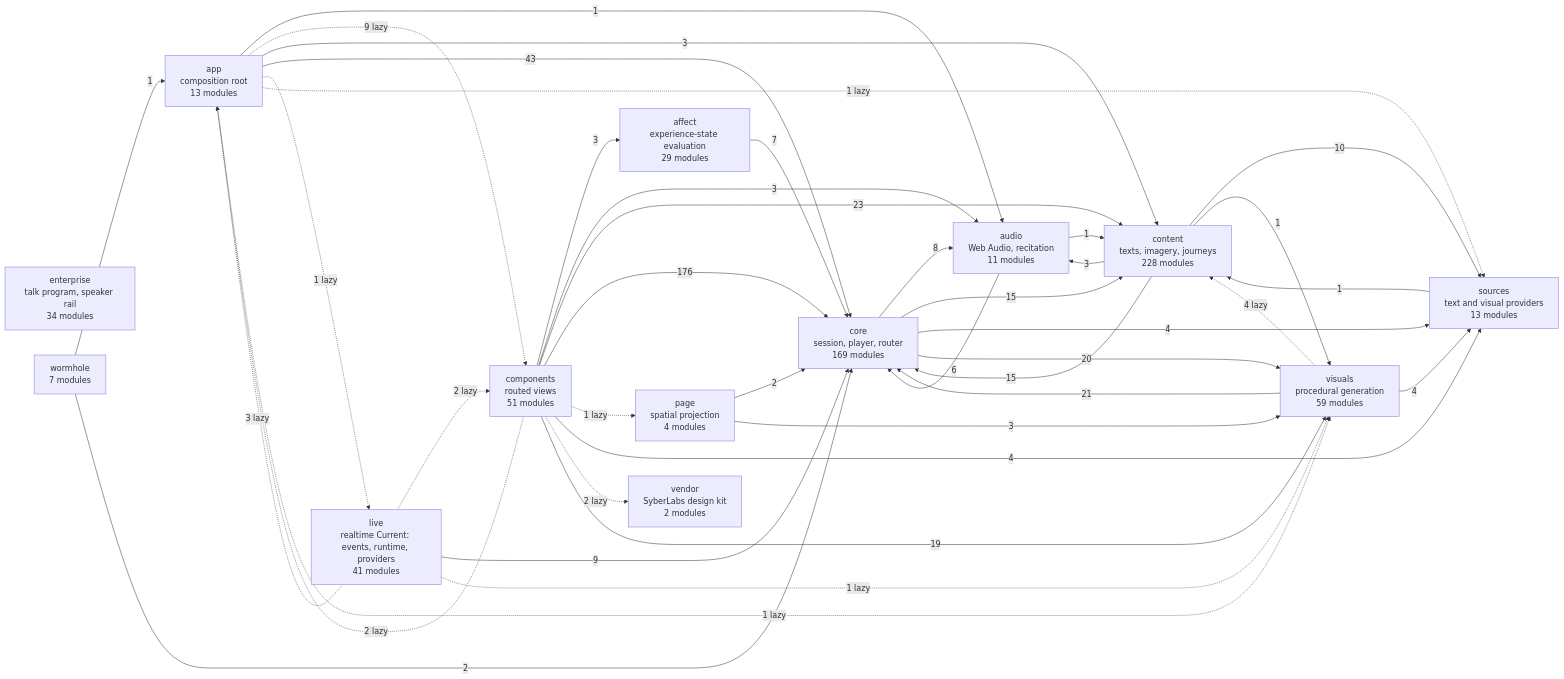
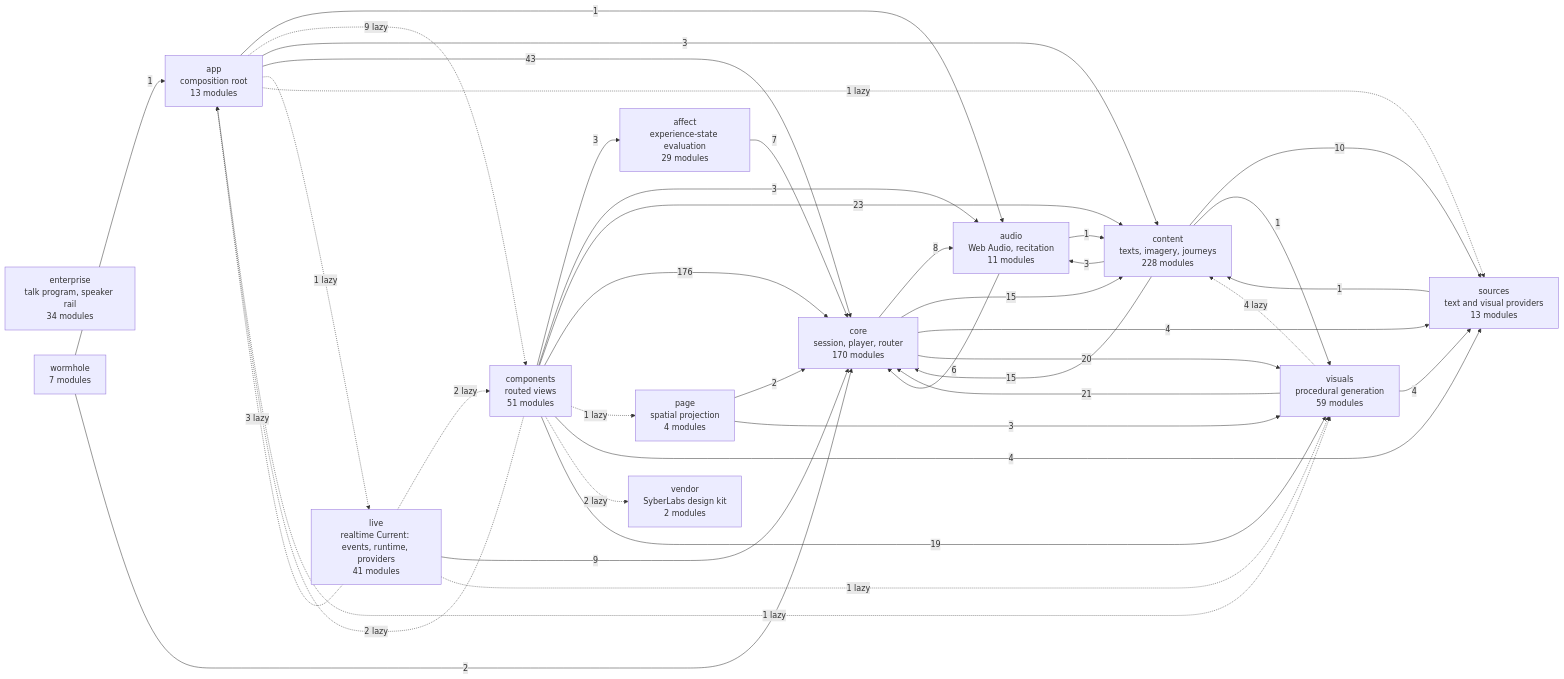
Before and after one commit to SyberLabs/RISE: the diagram in docs/specs/ARCHITECTURE.md, drawn with Mermaid.

Commit message:
Regenerate the architecture diagram for the theme-engine map

````diff
--- a/docs/specs/ARCHITECTURE.md
+++ b/docs/specs/ARCHITECTURE.md
@@ -154,56 +154,56 @@
 ```mermaid
 flowchart LR
     affect["affect<br/>experience-state evaluation<br/>29 modules"]
     app["app<br/>composition root<br/>13 modules"]
     audio["audio<br/>Web Audio, recitation<br/>11 modules"]
     components["components<br/>routed views<br/>51 modules"]
     content["content<br/>texts, imagery, journeys<br/>228 modules"]
-    core["core<br/>session, player, router<br/>169 modules"]
+    core["core<br/>session, player, router<br/>170 modules"]
     enterprise["enterprise<br/>talk program, speaker rail<br/>34 modules"]
     live["live<br/>realtime Current: events, runtime, providers<br/>41 modules"]
     page["page<br/>spatial projection<br/>4 modules"]
     sources["sources<br/>text and visual providers<br/>13 modules"]
     vendor["vendor<br/>SyberLabs design kit<br/>2 modules"]
     visuals["visuals<br/>procedural generation<br/>59 modules"]
     wormhole["wormhole<br/>7 modules"]
 
     affect --> |7| core
     app --> |1| audio
     app -.-> |9 lazy| components
     app --> |3| content
     app --> |43| core
     app -.-> |1 lazy| live
     app -.-> |1 lazy| sources
     app -.-> |1 lazy| visuals
     audio --> |1| content
     audio --> |6| core
     components --> |3| affect
     components -.-> |2 lazy| app
     components --> |3| audio
     components --> |23| content
     components --> |176| core
     components -.-> |1 lazy| page
     components --> |4| sources
     components -.-> |2 lazy| vendor
     components --> |19| visuals
     content --> |3| audio
     content --> |15| core
     content --> |10| sources
     content --> |1| visuals
     core --> |8| audio
     core --> |15| content
     core --> |4| sources
     core --> |20| visuals
     live -.-> |3 lazy| app
     live -.-> |2 lazy| components
     live --> |9| core
     live -.-> |1 lazy| visuals
     page --> |2| core
     page --> |3| visuals
     sources --> |1| content
     visuals -.-> |4 lazy| content
     visuals --> |21| core
     visuals --> |4| sources
     wormhole --> |1| app
     wormhole --> |2| core
 ```
````
